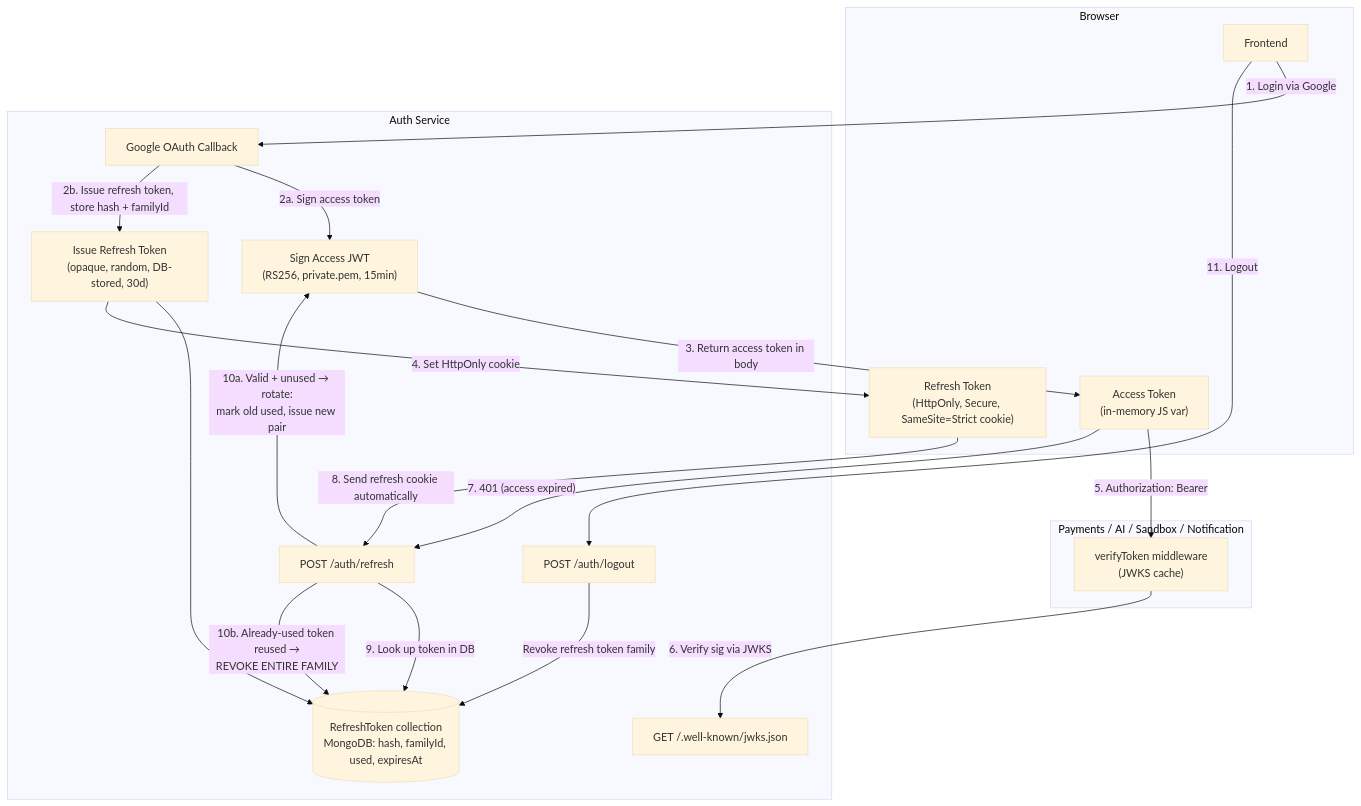
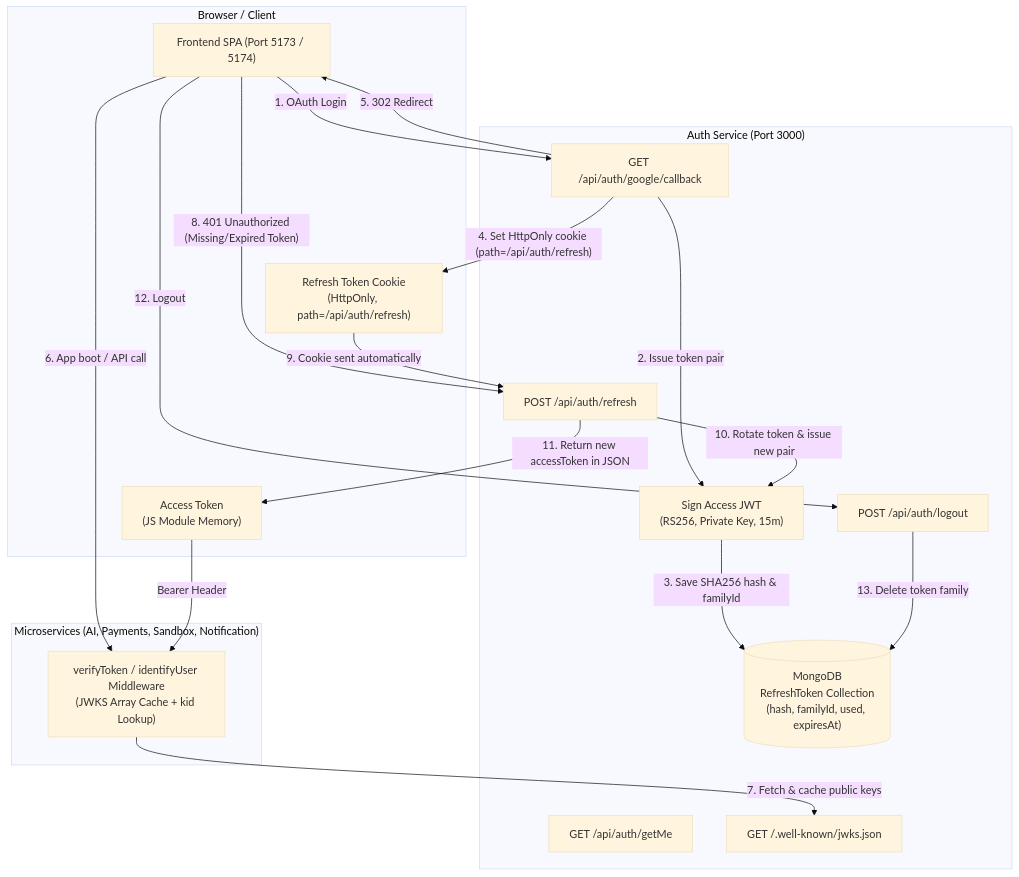
One commit to Sahil-coder-30/Capstone changed the diagram in Helpers/auth_security_architecture_plan.md. Above: the diagram before and after it, drawn with Mermaid (base theme). The commit also changed other lines of this file and 11 other files, not shown here.

Commit message:
feat: implement dashboard profile flyout with navigation, logout, and payment portal redirect capabilities

````diff
--- a/Helpers/auth_security_architecture_plan.md
+++ b/Helpers/auth_security_architecture_plan.md
@@ -21,41 +17,40 @@
 ```mermaid
 flowchart TB
-    subgraph Browser
-        FE["Frontend"]
-        Mem["Access Token\n(in-memory JS var)"]
-        Cookie["Refresh Token\n(HttpOnly, Secure, SameSite=Strict cookie)"]
+    subgraph Client ["Browser / Client"]
+        FE["Frontend SPA (Port 5173 / 5174)"]
+        Mem["Access Token\n(JS Module Memory)"]
+        Cookie["Refresh Token Cookie\n(HttpOnly, path=/api/auth/refresh)"]
     end
 
-    subgraph AuthSvc["Auth Service"]
-        OAuth["Google OAuth Callback"]
-        SignAccess["Sign Access JWT\n(RS256, private.pem, 15min)"]
-        IssueRefresh["Issue Refresh Token\n(opaque, random, DB-stored, 30d)"]
-        RefreshCtrl["POST /auth/refresh"]
-        JWKS["GET /.well-known/jwks.json"]
-        Logout["POST /auth/logout"]
-        RTStore[("RefreshToken collection\nMongoDB: hash, familyId, used, expiresAt")]
+    subgraph AuthSvc ["Auth Service (Port 3000)"]
+        GoogleOAuth["GET /api/auth/google/callback"]
+        GetMe["GET /api/auth/getMe"]
+        RefreshEndpoint["POST /api/auth/refresh"]
+        LogoutEndpoint["POST /api/auth/logout"]
+        JWKSEndpoint["GET /.well-known/jwks.json"]
+        SignJWT["Sign Access JWT\n(RS256, Private Key, 15m)"]
+        DB[("MongoDB\nRefreshToken Collection\n(hash, familyId, used, expiresAt)")]
     end
 
-    subgraph OtherSvc["Payments / AI / Sandbox / Notification"]
-        MW["verifyToken middleware\n(JWKS cache)"]
+    subgraph Microservices ["Microservices (AI, Payments, Sandbox, Notification)"]
+        Middleware["verifyToken / identifyUser Middleware\n(JWKS Array Cache + kid Lookup)"]
     end
 
-    FE -->|"1. Login via Google"| OAuth
-    OAuth -->|"2a. Sign access token"| SignAccess
-    OAuth -->|"2b. Issue refresh token, store hash + familyId"| IssueRefresh
-    IssueRefresh --> RTStore
-    SignAccess -->|"3. Return access token in body"| Mem
-    IssueRefresh -->|"4. Set HttpOnly cookie"| Cookie
+    FE -->|"1. OAuth Login"| GoogleOAuth
+    GoogleOAuth -->|"2. Issue token pair"| SignJWT
+    SignJWT -->|"3. Save SHA256 hash & familyId"| DB
+    GoogleOAuth -->|"4. Set HttpOnly cookie (path=/api/auth/refresh)"| Cookie
+    GoogleOAuth -->|"5. 302 Redirect"| FE
 
-    Mem -->|"5. Authorization: Bearer <access>"| MW
-    MW -->|"6. Verify sig via JWKS"| JWKS
+    FE -->|"6. App boot / API call"| Middleware
+    Mem -->|"Bearer <JWT> Header"| Middleware
+    Middleware -->|"7. Fetch & cache public keys"| JWKSEndpoint
 
-    Mem -->|"7. 401 (access expired)"| RefreshCtrl
-    Cookie -->|"8. Send refresh cookie automatically"| RefreshCtrl
-    RefreshCtrl -->|"9. Look up token in DB"| RTStore
-    RefreshCtrl -->|"10a. Valid + unused → rotate:\nmark old used, issue new pair"| SignAccess
-    RefreshCtrl -->|"10b. Already-used token reused →\nREVOKE ENTIRE FAMILY"| RTStore
+    FE -->|"8. 401 Unauthorized (Missing/Expired Token)"| RefreshEndpoint
+    Cookie -->|"9. Cookie sent automatically"| RefreshEndpoint
+    RefreshEndpoint -->|"10. Rotate token & issue new pair"| SignJWT
+    RefreshEndpoint -->|"11. Return new accessToken in JSON"| Mem
 
-    FE -->|"11. Logout"| Logout
-    Logout -->|"Revoke refresh token family"| RTStore
+    FE -->|"12. Logout"| LogoutEndpoint
+    LogoutEndpoint -->|"13. Delete token family"| DB
 ```
````
